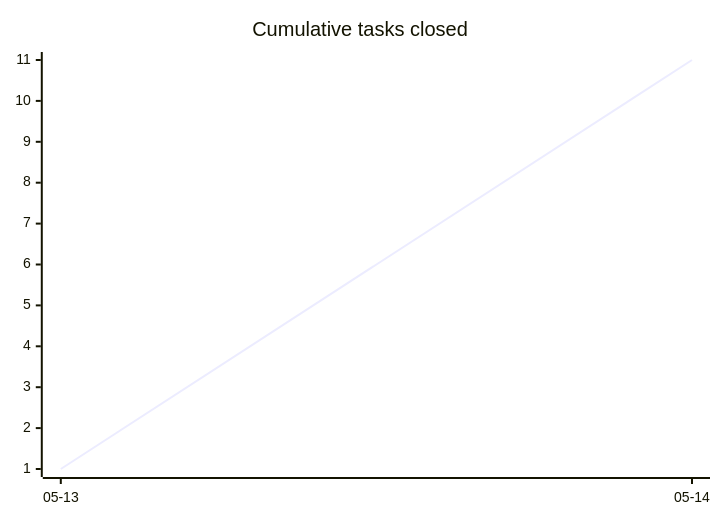
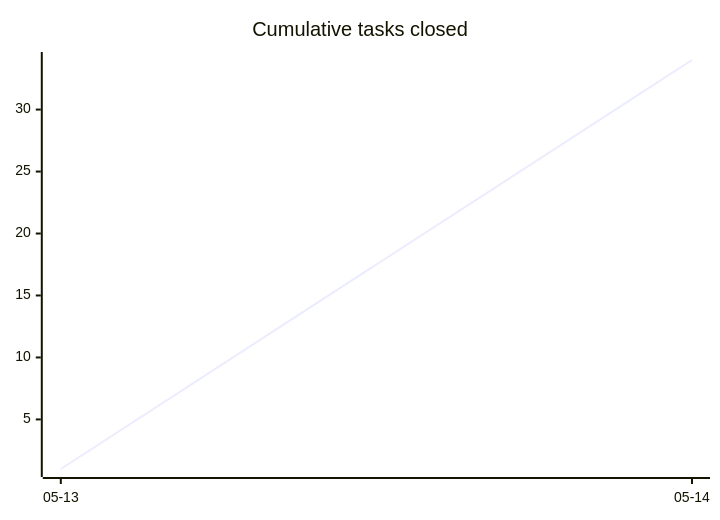
Before and after one commit to tgd1975/CircuitSmith: the first of 3 diagrams in docs/developers/tasks/OVERVIEW.md, drawn with Mermaid. The commit also changed other lines of this file and 126 other files, not shown here.

````diff
--- a/docs/developers/tasks/OVERVIEW.md
+++ b/docs/developers/tasks/OVERVIEW.md
@@ -21,6 +21,6 @@
 ```mermaid
 xychart-beta
     title "Cumulative tasks closed"
     x-axis ["05-13", "05-14"]
-    line [1, 11]
+    line [1, 34]
 ```
````
